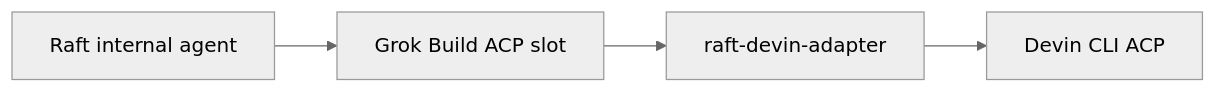
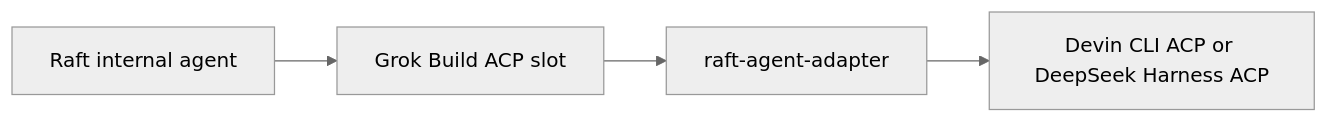
One commit to CST18057/raft-agent-adapter changed the diagram in README.md. Above: the diagram before and after it, drawn with Mermaid (neutral theme). The commit also changed other lines of this file and 27 other files, not shown here.

First line of the commit message:
feat: add DeepSeek Harness backend, rename to raft-agent-adapter

````diff
--- a/README.md
+++ b/README.md
@@ -12,6 +12,6 @@
 ```mermaid
 flowchart LR
     A[Raft internal agent] --> B[Grok Build ACP slot]
-    B --> C[raft-devin-adapter]
-    C --> D[Devin CLI ACP]
+    B --> C[raft-agent-adapter]
+    C --> D[Devin CLI ACP or DeepSeek Harness ACP]
 ```
````
